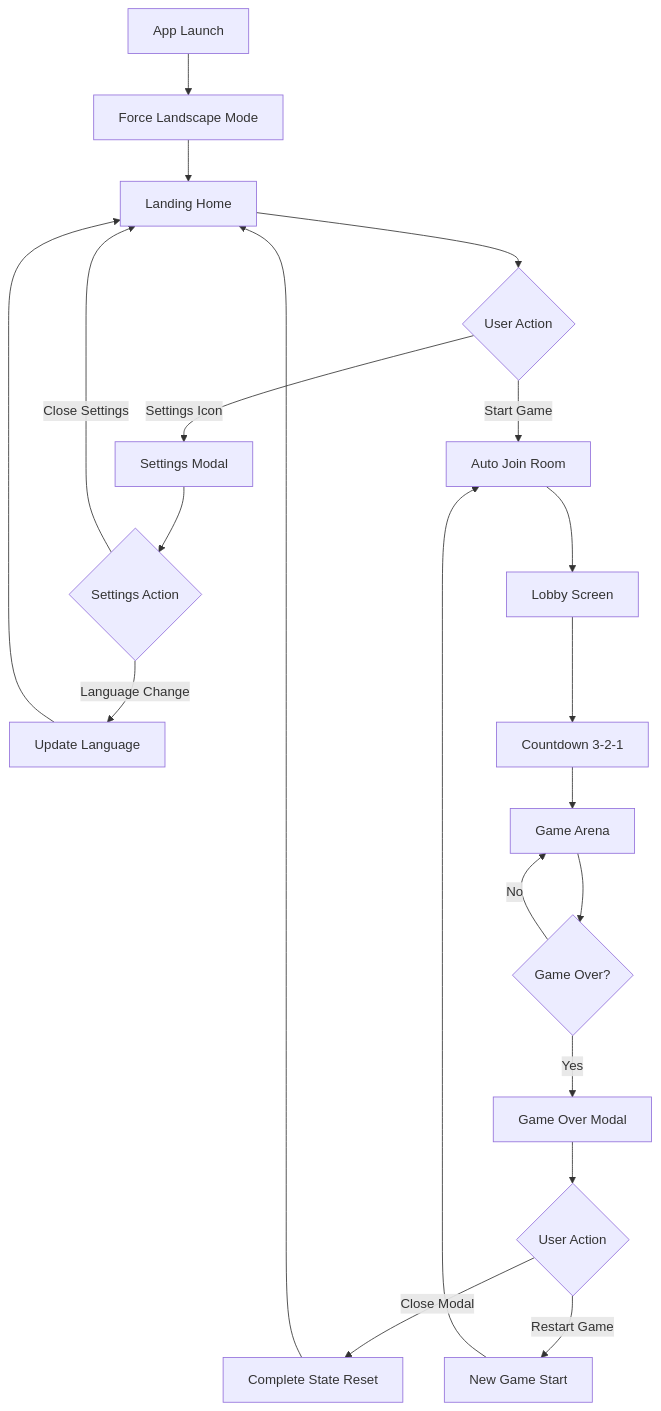
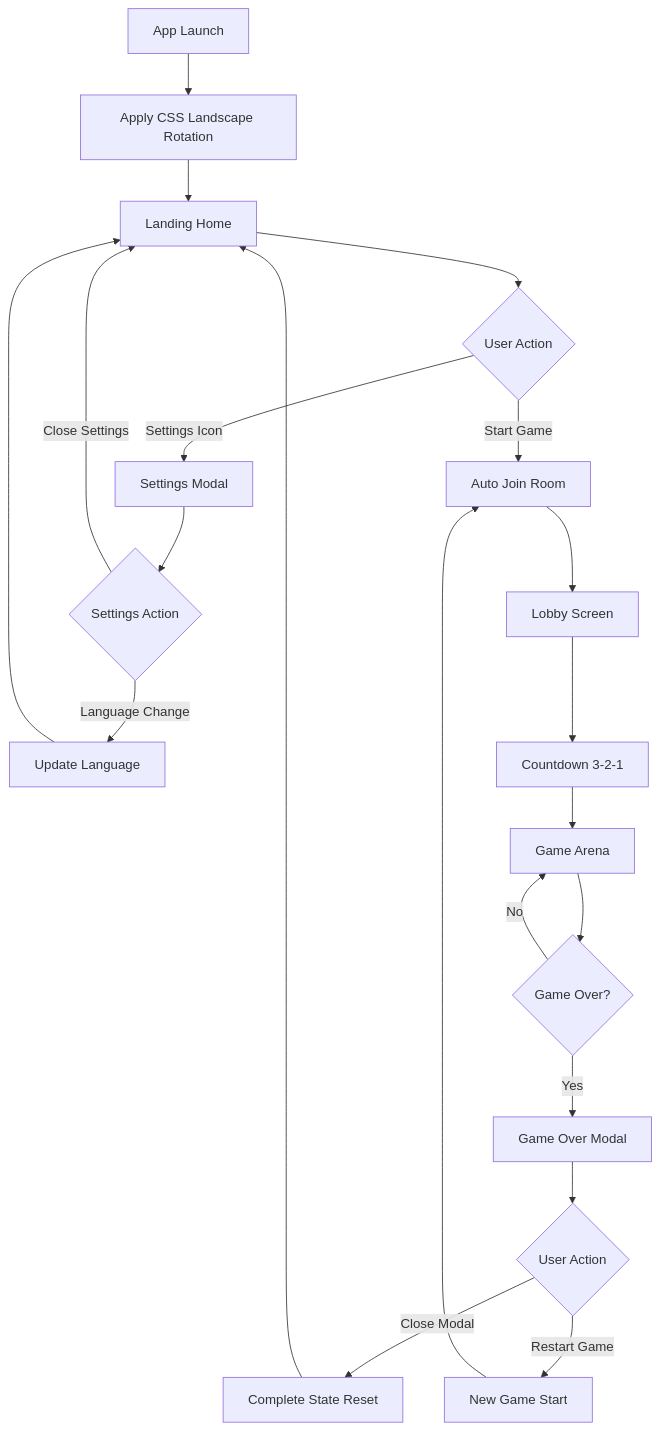
One commit to peopleinfo/worm-zone changed the diagram in .trae/documents/worm-zone-prd.md. Above: the diagram before and after it, drawn with Mermaid. The commit also changed other lines of this file and 16 other files, not shown here.

Commit message:
force landscape mode

````diff
--- a/.trae/documents/worm-zone-prd.md
+++ b/.trae/documents/worm-zone-prd.md
@@ -63,23 +63,23 @@
 ```mermaid
 graph TD
-    A[App Launch] --> B[Force Landscape Mode]
+    A[App Launch] --> B[Apply CSS Landscape Rotation]
     B --> C[Landing Home]
     C --> D{User Action}
     D -->|Settings Icon| E[Settings Modal]
     D -->|Start Game| F[Auto Join Room]
     E --> G{Settings Action}
     G -->|Language Change| H[Update Language]
     G -->|Close Settings| C
     H --> C
     F --> I[Lobby Screen]
     I --> J[Countdown 3-2-1]
     J --> K[Game Arena]
     K --> L{Game Over?}
     L -->|No| K
     L -->|Yes| M[Game Over Modal]
     M --> N{User Action}
     N -->|Close Modal| O[Complete State Reset]
     N -->|Restart Game| P[New Game Start]
     O --> C
     P --> F
 ```
````
